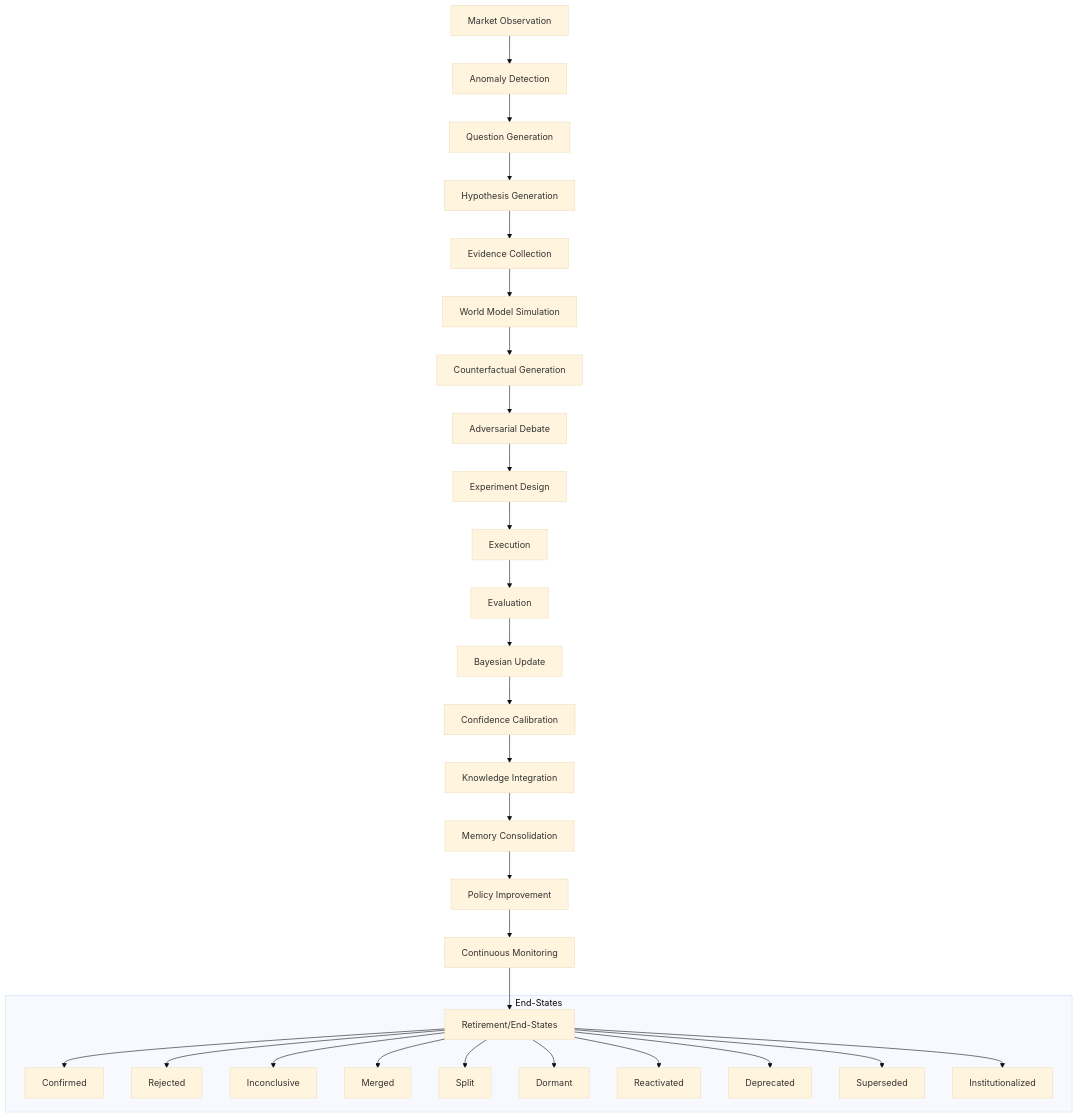
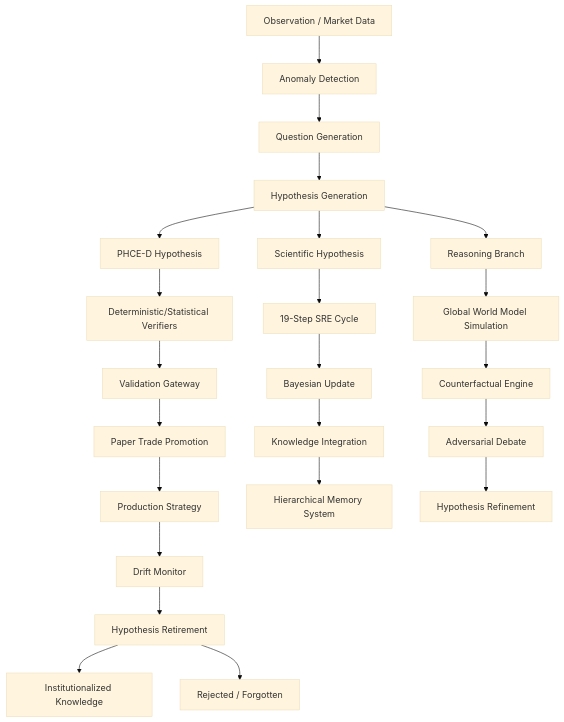
Before and after one commit to CodeCrazeCodeCrazeDev/tradingbot: the diagram in HYPOTHESIS_DEPENDENCY_GRAPH.md, drawn with Mermaid (base theme). The commit also changed other lines of this file and 11 other files, not shown here.

First line of the commit message:
Complete scientific audit and redesign of AlphaAlgo hypothesis ecosystem

````diff
--- a/HYPOTHESIS_DEPENDENCY_GRAPH.md
+++ b/HYPOTHESIS_DEPENDENCY_GRAPH.md
@@ -7,33 +3,31 @@
 ```mermaid
 graph TD
-    Obs[Market Observation] --> AD[Anomaly Detection]
-    AD --> QG[Question Generation]
+    Obs[Observation / Market Data] --> Anomaly[Anomaly Detection]
+    Anomaly --> QG[Question Generation]
     QG --> HG[Hypothesis Generation]
-    HG --> EC[Evidence Collection]
-    EC --> WM[World Model Simulation]
-    WM --> CF[Counterfactual Generation]
-    CF --> ADeb[Adversarial Debate]
-    ADeb --> ED[Experiment Design]
-    ED --> EXE[Execution]
-    EXE --> EVAL[Evaluation]
-    EVAL --> BU[Bayesian Update]
-    BU --> CC[Confidence Calibration]
-    CC --> KI[Knowledge Integration]
-    KI --> MC[Memory Consolidation]
-    MC --> PI[Policy Improvement]
-    PI --> CM[Continuous Monitoring]
-    CM --> RET[Retirement/End-States]
 
-    subgraph "End-States"
-        RET --> Conf[Confirmed]
-        RET --> Rej[Rejected]
-        RET --> Inc[Inconclusive]
-        RET --> Mer[Merged]
-        RET --> Spl[Split]
-        RET --> Dor[Dormant]
-        RET --> Rea[Reactivated]
-        RET --> Dep[Deprecated]
-        RET --> Sup[Superseded]
-        RET --> Inst[Institutionalized]
-    end
+    HG --> PHCE_D[PHCE-D Hypothesis]
+    HG --> SRE_Hyp[Scientific Hypothesis]
+    HG --> CSC_Branch[Reasoning Branch]
+
+    PHCE_D --> Verifier[Deterministic/Statistical Verifiers]
+    SRE_Hyp --> SRE_Cycle[19-Step SRE Cycle]
+    CSC_Branch --> GWM[Global World Model Simulation]
+
+    Verifier --> Gateway[Validation Gateway]
+    SRE_Cycle --> Bayesian[Bayesian Update]
+    GWM --> Counterfactual[Counterfactual Engine]
+
+    Gateway --> PaperTrade[Paper Trade Promotion]
+    Bayesian --> Knowledge[Knowledge Integration]
+    Counterfactual --> Adversarial[Adversarial Debate]
+
+    PaperTrade --> Production[Production Strategy]
+    Knowledge --> HMS[Hierarchical Memory System]
+    Adversarial --> Refine[Hypothesis Refinement]
+
+    Production --> Drift[Drift Monitor]
+    Drift --> Retire[Hypothesis Retirement]
+    Retire --> Institutional[Institutionalized Knowledge]
+    Retire --> Rejected[Rejected / Forgotten]
 ```
````
